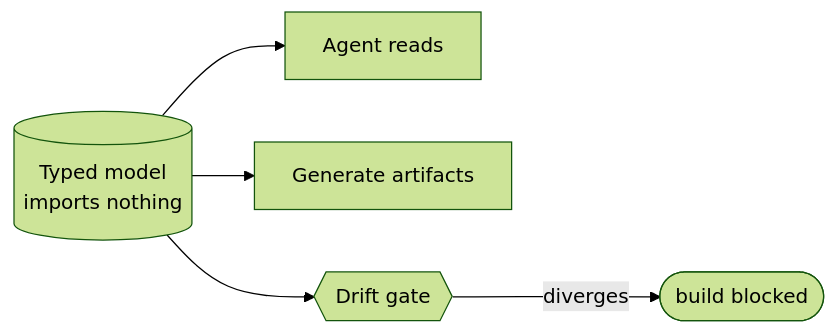
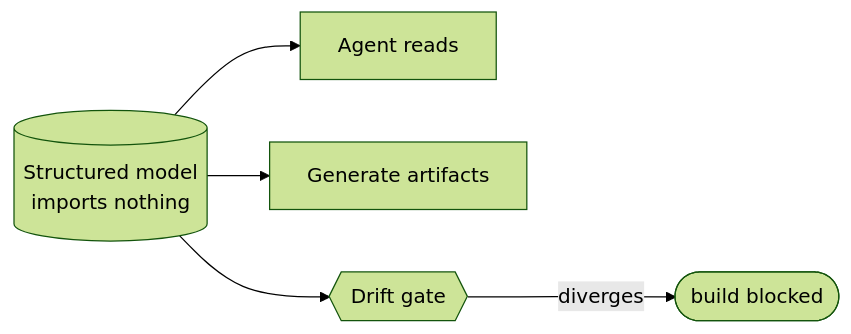
The diagram in book/appendix-fills/models-bridge/executable-source-of-truth.md (davisjam/agent-governance-mechanisms), drawn with Mermaid (forest theme) before and after one commit. The commit also changed other lines of this file and 192 other files, not shown here.

````diff
--- a/book/appendix-fills/models-bridge/executable-source-of-truth.md
+++ b/book/appendix-fills/models-bridge/executable-source-of-truth.md
@@ -34,7 +34,7 @@
 ```mermaid
 flowchart LR
-  M[(Typed model<br/>imports nothing)] --> Agent[Agent reads]
+  M[(Structured model<br/>imports nothing)] --> Agent[Agent reads]
   M --> Gen[Generate artifacts]
   M --> Gate{{Drift gate}}
   Gate -->|diverges| Fail([build blocked])
 ```
````
